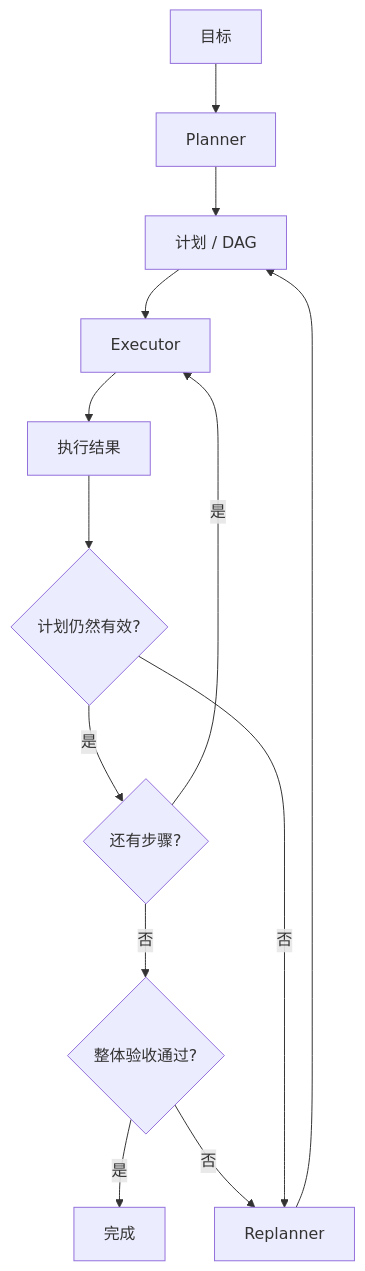
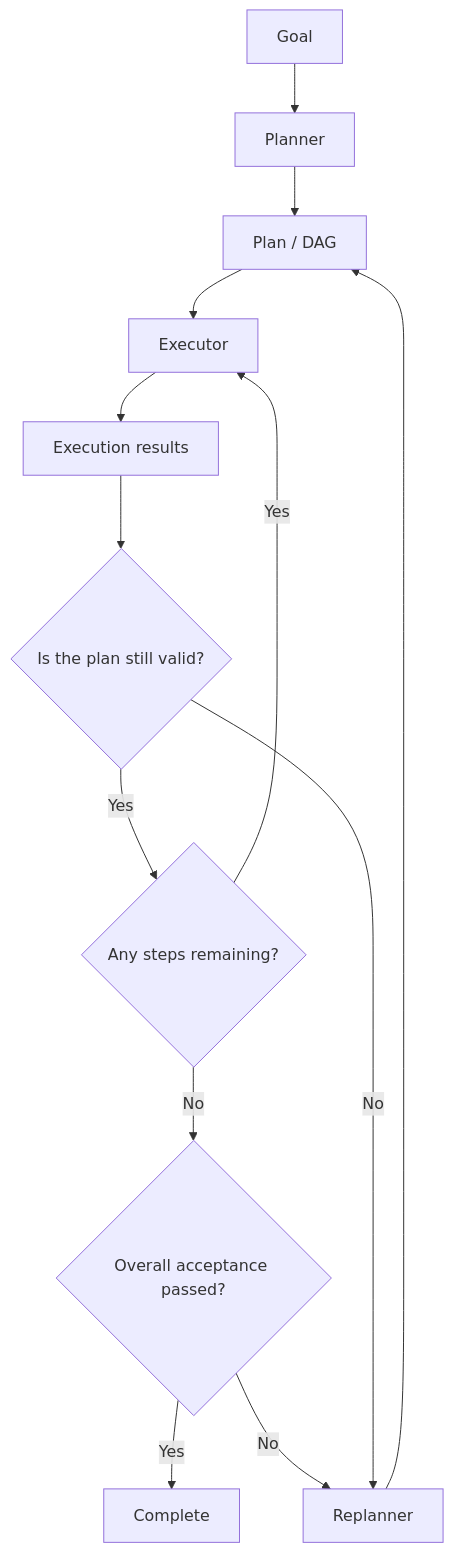
One commit to oneleaveknowsthefall/awesome-ai-roadmap changed the fourth of 10 diagrams in docs/agent/02-reasoning-planning/04-agent-design-patterns.md. Above: the diagram before and after it, drawn with Mermaid. The commit also changed other lines of this file and 68 other files, not shown here.

````diff
--- a/docs/agent/02-reasoning-planning/04-agent-design-patterns.md
+++ b/docs/agent/02-reasoning-planning/04-agent-design-patterns.md
@@ -167,15 +167,15 @@
 ```mermaid
 flowchart TB
-    G[目标] --> P[Planner]
-    P --> PLAN[计划 / DAG]
+    G[Goal] --> P[Planner]
+    P --> PLAN[Plan / DAG]
     PLAN --> E[Executor]
-    E --> O[执行结果]
-    O --> V{计划仍然有效?}
-    V -->|是| N{还有步骤?}
-    N -->|是| E
-    N -->|否| ACCEPT{整体验收通过?}
-    ACCEPT -->|是| DONE[完成]
-    ACCEPT -->|否| RP
-    V -->|否| RP[Replanner]
+    E --> O[Execution results]
+    O --> V{Is the plan still valid?}
+    V -->|Yes| N{Any steps remaining?}
+    N -->|Yes| E
+    N -->|No| ACCEPT{Overall acceptance passed?}
+    ACCEPT -->|Yes| DONE[Complete]
+    ACCEPT -->|No| RP
+    V -->|No| RP[Replanner]
     RP --> PLAN
 ```
````
